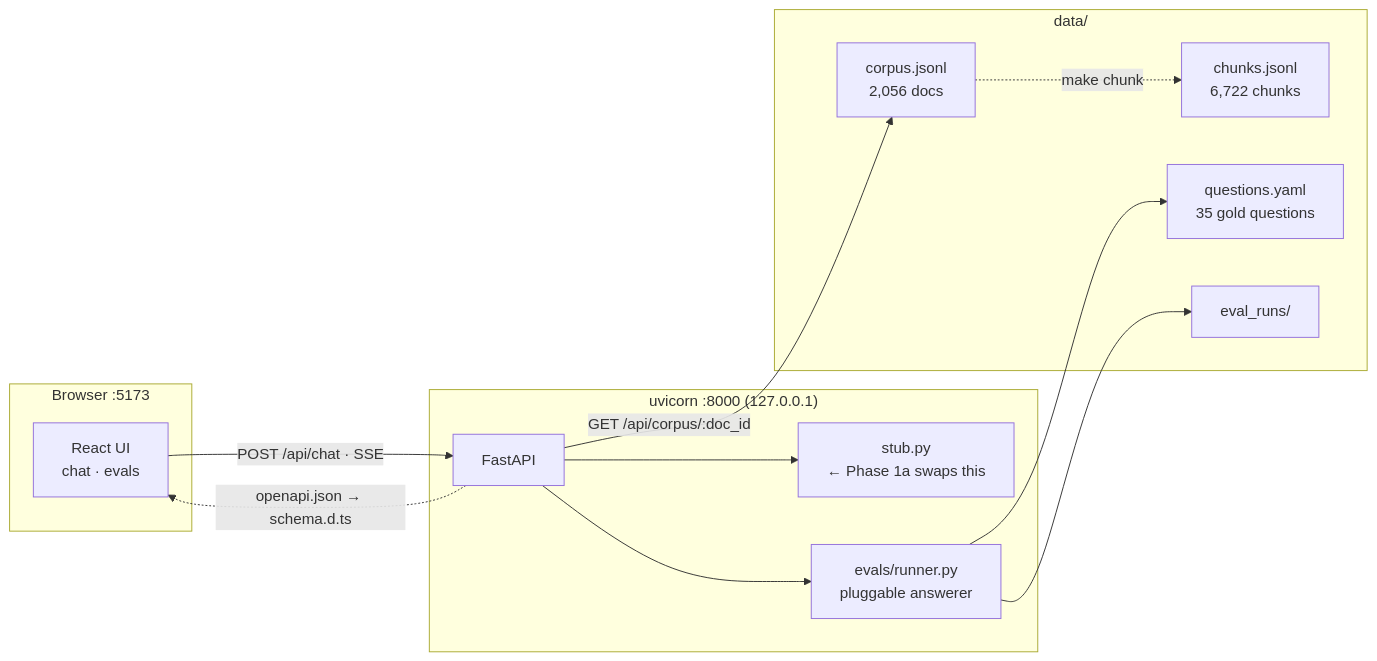
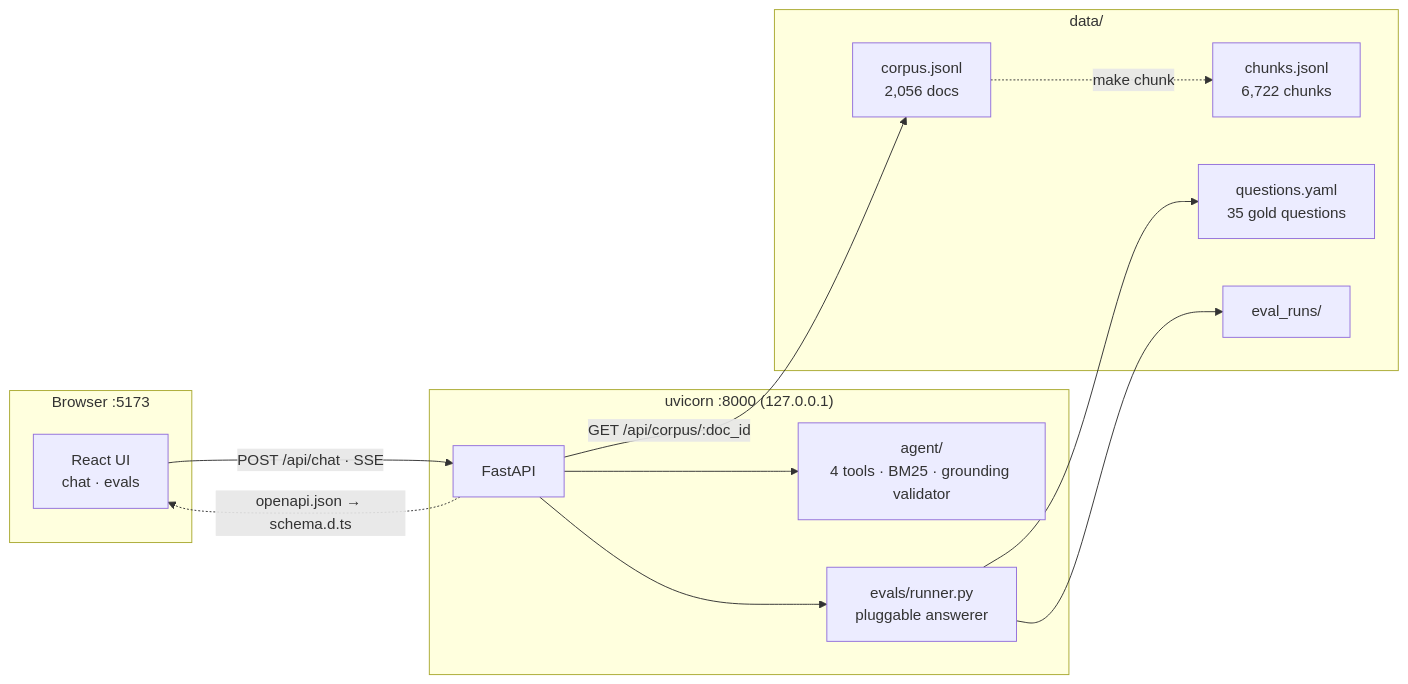
Before and after one commit to ohandyya/health-coverage-navigator: the second of 3 diagrams in README.md, drawn with Mermaid. The commit also changed other lines of this file and 49 other files, not shown here.

````diff
--- a/README.md
+++ b/README.md
@@ -120,27 +154,27 @@
 ```mermaid
 flowchart LR
     subgraph browser["Browser :5173"]
         UI["React UI<br/>chat · evals"]
     end
     subgraph api["uvicorn :8000 (127.0.0.1)"]
         FA["FastAPI"]
-        STUB["stub.py<br/>← Phase 1a swaps this"]
+        AGT["agent/<br/>4 tools · BM25 · grounding validator"]
         EV["evals/runner.py<br/>pluggable answerer"]
     end
     subgraph disk["data/"]
         CORP["corpus.jsonl<br/>2,056 docs"]
         CHUNK["chunks.jsonl<br/>6,722 chunks"]
         GOLD["questions.yaml<br/>35 gold questions"]
         RUNS["eval_runs/"]
     end
 
     UI -->|"POST /api/chat · SSE"| FA
-    FA --> STUB
+    FA --> AGT
     FA --> EV
     EV --> GOLD
     EV --> RUNS
     FA -->|"GET /api/corpus/:doc_id"| CORP
     CORP -.->|make chunk| CHUNK
 
     FA -.->|"openapi.json → schema.d.ts"| UI
 ```
````
